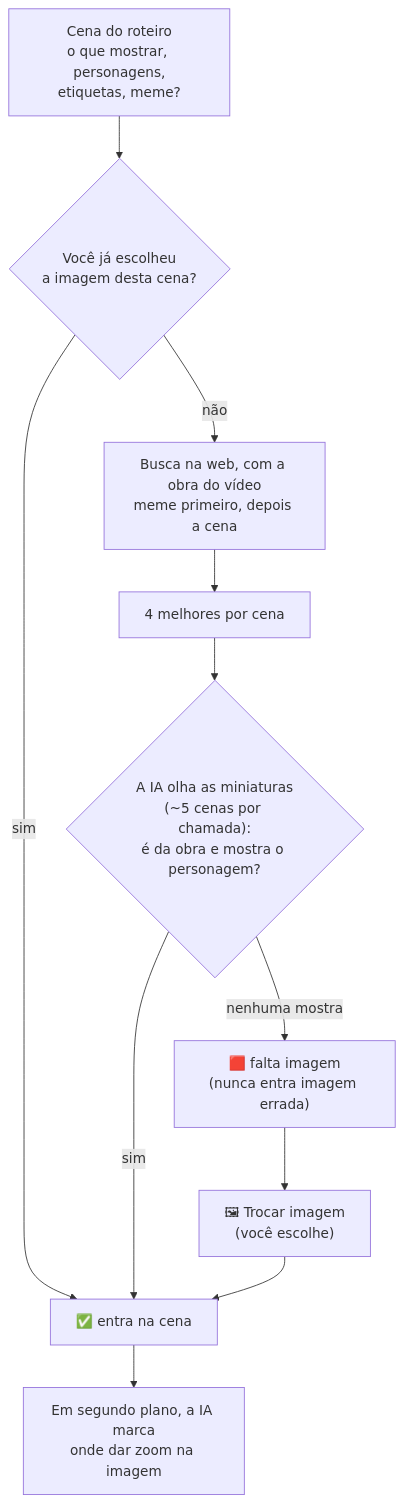
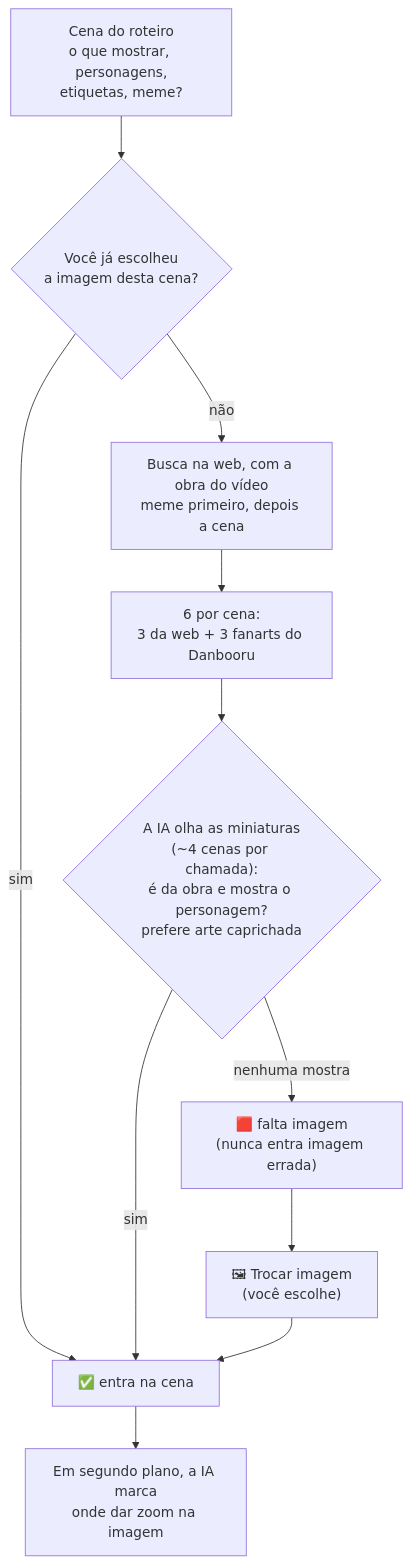
One commit to Edugiyuu/InstaSearch changed the diagram in docs/diagramas/09-montagem-e-imagens.mmd. Above: the diagram before and after it, drawn with Mermaid. The commit also changed 9 other files, not shown here.

```diff
--- a/docs/diagramas/09-montagem-e-imagens.mmd
+++ b/docs/diagramas/09-montagem-e-imagens.mmd
@@ -1,11 +1,11 @@
 flowchart TD
     B["Cena do roteiro<br/>o que mostrar, personagens,<br/>etiquetas, meme?"] --> LOCK{"Você já escolheu<br/>a imagem desta cena?"}
     LOCK -- "sim" --> OK["✅ entra na cena"]
     LOCK -- "não" --> SRCH["Busca na web, com a obra do vídeo<br/>meme primeiro, depois a cena"]
-    SRCH --> TOP["4 melhores por cena"]
-    TOP --> VIS{"A IA olha as miniaturas<br/>(~5 cenas por chamada):<br/>é da obra e mostra o personagem?"}
+    SRCH --> TOP["6 por cena:<br/>3 da web + 3 fanarts do Danbooru"]
+    TOP --> VIS{"A IA olha as miniaturas<br/>(~4 cenas por chamada):<br/>é da obra e mostra o personagem?<br/>prefere arte caprichada"}
     VIS -- "sim" --> OK
     VIS -- "nenhuma mostra" --> MISS["🟥 falta imagem<br/>(nunca entra imagem errada)"]
     MISS --> HAND["🖼 Trocar imagem<br/>(você escolhe)"]
     HAND --> OK
     OK --> ZOOM["Em segundo plano, a IA marca<br/>onde dar zoom na imagem"]
```
